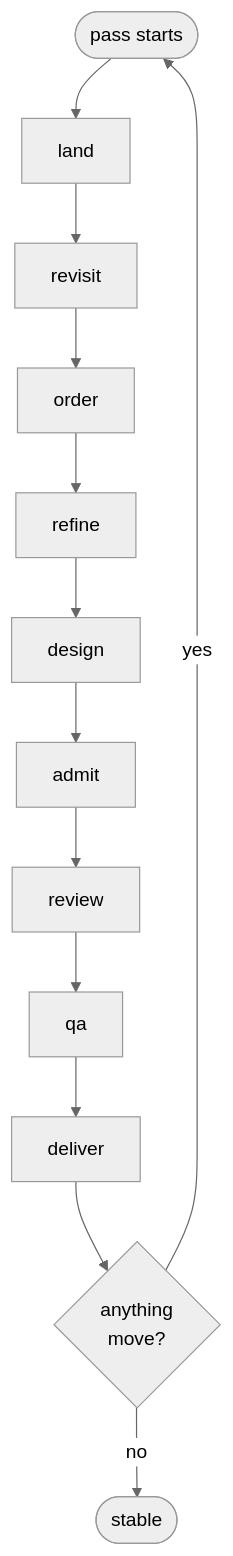
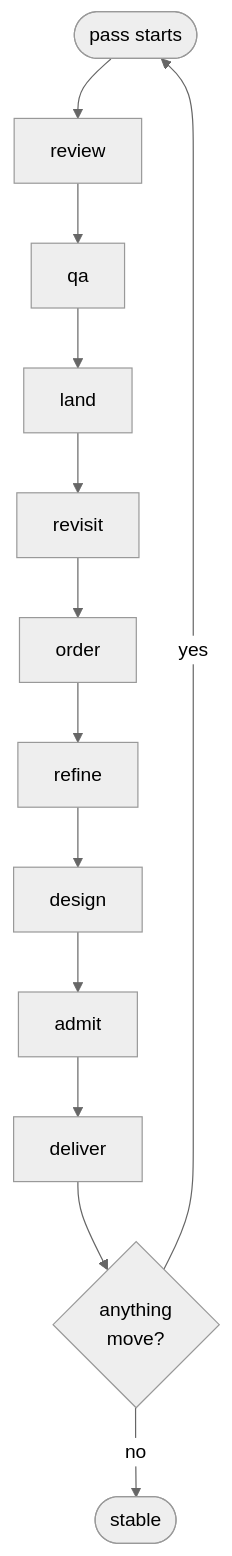
One commit to mqucifer/crew changed the second of 2 diagrams in docs/running-the-crew.md. Above: the diagram before and after it, drawn with Mermaid (neutral theme). The commit also changed other lines of this file and 2 other files, not shown here.

Commit message:
feat: a pass moves the work nearest to done first, and refines after
Finished pull requests waited behind 18 to 33 minutes of refinement each
pass, and a story QA'd in one pass released its sibling's build only in
the next. Review and QA now run first and land queues what they accepted,
still before every phase that judges a hold (crew#388). Refinement runs
every pass, not gated: downstream moved in every pass of two capped ticks.
Delivery stays last, so stories admitted in a pass are built in it.

crew#759

````diff
--- a/docs/running-the-crew.md
+++ b/docs/running-the-crew.md
@@ -65,15 +65,15 @@
 ```mermaid
 flowchart TD
-  S([pass starts]) --> L[land]
+  S([pass starts]) --> V[review]
+  V --> Q[qa]
+  Q --> L[land]
   L --> RV[revisit]
   RV --> O[order]
   O --> R[refine]
   R --> DN[design]
   DN --> A[admit]
-  A --> V[review]
-  V --> Q[qa]
-  Q --> D[deliver]
+  A --> D[deliver]
   D --> M{anything<br/>move?}
   M -- yes --> S
   M -- no --> E([stable])
 ```
````
